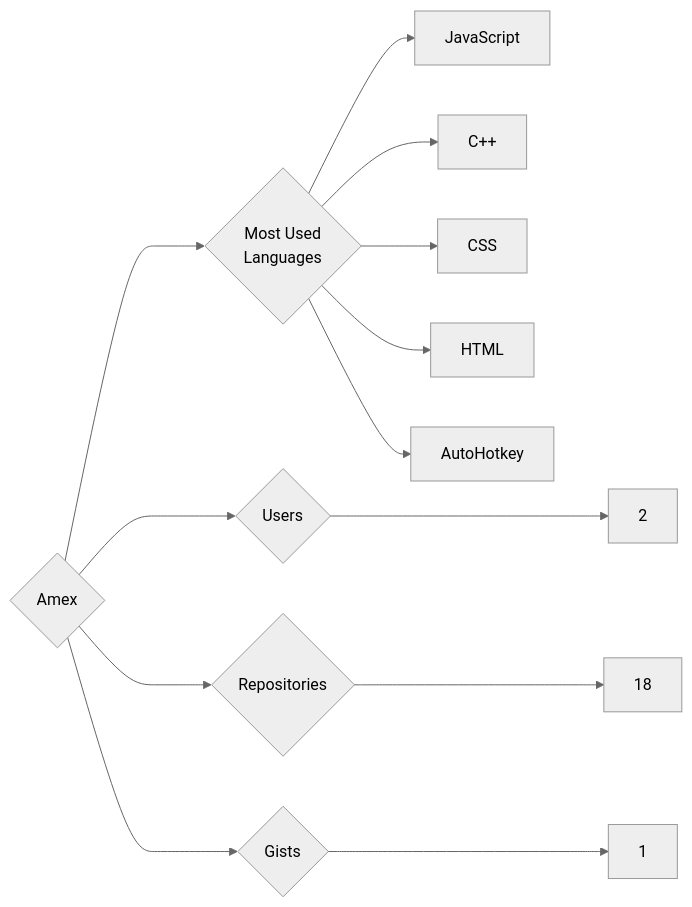
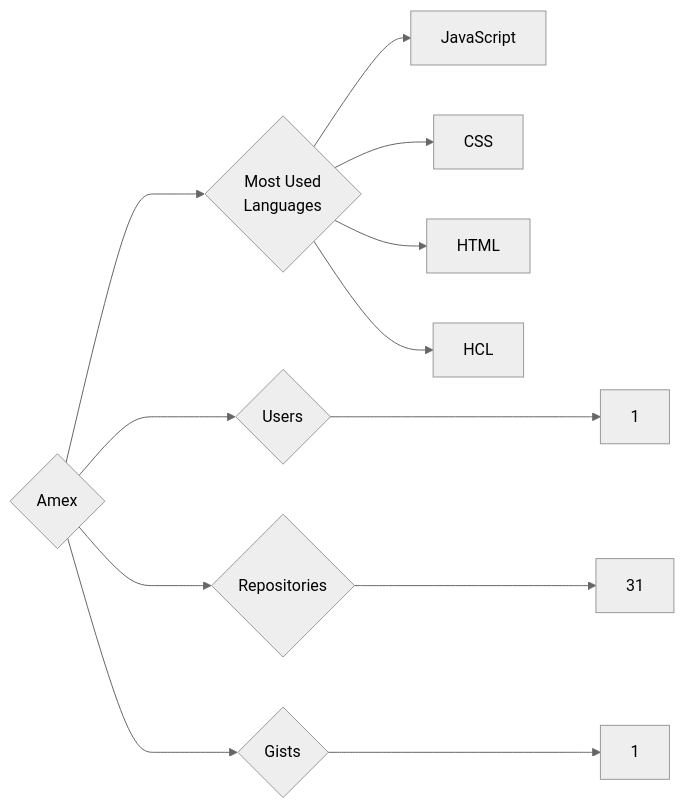
The diagram in targets/Amex/README.md (trickest/insiders), drawn with Mermaid (neutral theme) before and after one commit. The commit also changed 636 other files, not shown here.

````diff
--- a/targets/Amex/README.md
+++ b/targets/Amex/README.md
@@ -3,13 +3,12 @@
 ```mermaid
 graph LR
 COMPANY_NAME{Amex}
-COMPANY_NAME ---> U{Users} ---> UN[2]
-COMPANY_NAME ---> R{Repositories} ---> RN[18]
+COMPANY_NAME ---> U{Users} ---> UN[1]
+COMPANY_NAME ---> R{Repositories} ---> RN[31]
 COMPANY_NAME ---> G{Gists} ---> GN[1]
 COMPANY_NAME ---> ML{Most Used<br>Languages}
 ML --> JavaScript[JavaScript]
-ML --> C++[C++]
 ML --> CSS[CSS]
 ML --> HTML[HTML]
-ML --> AutoHotkey[AutoHotkey]
+ML --> HCL[HCL]
 ```
````
